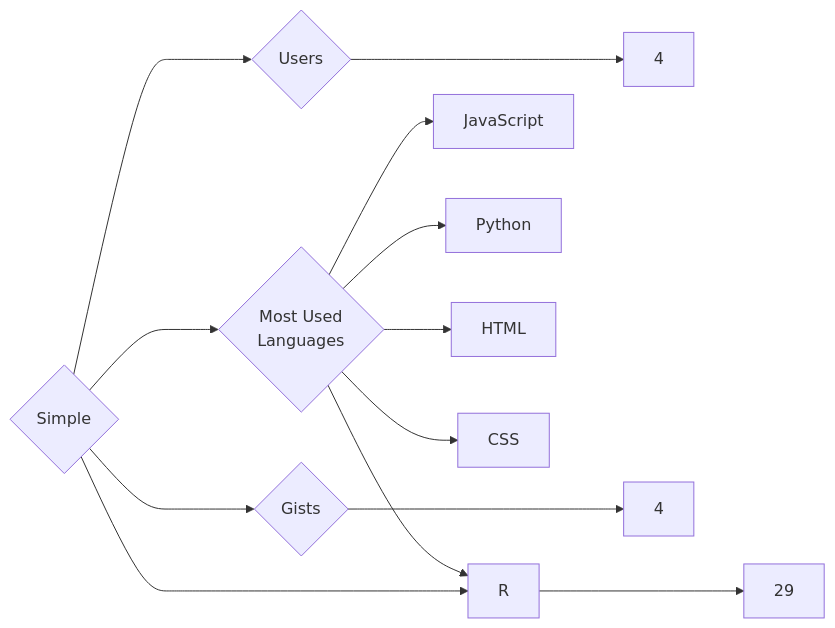
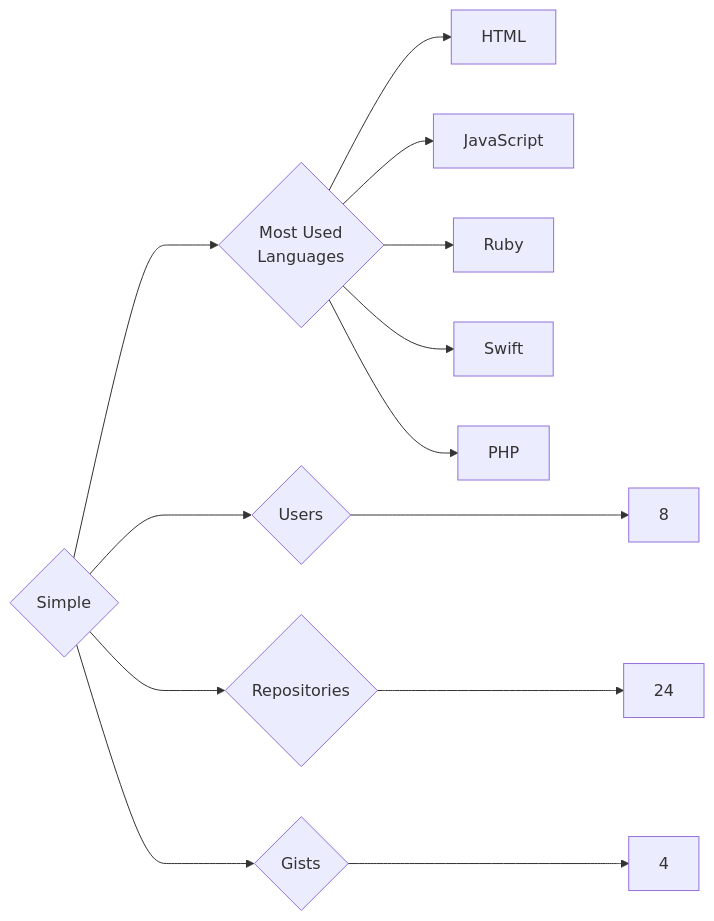
The diagram in targets/Simple/README.md (trickest/insiders), drawn with Mermaid before and after one commit. The commit also changed 1696 other files, not shown here.

````diff
--- a/targets/Simple/README.md
+++ b/targets/Simple/README.md
@@ -3,13 +3,13 @@
 ```mermaid
 graph LR
 COMPANY_NAME{Simple}
-COMPANY_NAME ---> U{Users} ---> UN[4]
-COMPANY_NAME ---> R{Repositories} ---> RN[29]
+COMPANY_NAME ---> U{Users} ---> UN[8]
+COMPANY_NAME ---> R{Repositories} ---> RN[24]
 COMPANY_NAME ---> G{Gists} ---> GN[4]
 COMPANY_NAME ---> ML{Most Used<br>Languages}
+ML --> HTML[HTML]
 ML --> JavaScript[JavaScript]
-ML --> Python[Python]
-ML --> HTML[HTML]
-ML --> CSS[CSS]
-ML --> R[R]
+ML --> Ruby[Ruby]
+ML --> Swift[Swift]
+ML --> PHP[PHP]
 ```
````
